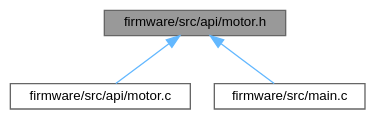
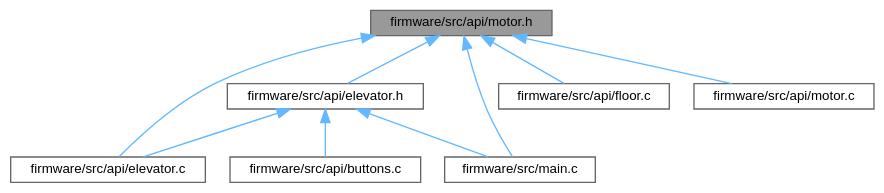
One commit to Ghaadyy/elevator-controller changed the diagram in dev/motor_8h__dep__incl.dot. Above: the diagram before and after it, drawn with Graphviz. The commit also changed 228 other files, not shown here.

```diff
--- a/dev/motor_8h__dep__incl.dot
+++ b/dev/motor_8h__dep__incl.dot
@@ -1,12 +1,22 @@
 digraph "firmware/src/api/motor.h"
 {
  // LATEX_PDF_SIZE
   bgcolor="transparent";
   edge [fontname=Helvetica,fontsize=10,labelfontname=Helvetica,labelfontsize=10];
   node [fontname=Helvetica,fontsize=10,shape=box,height=0.2,width=0.4];
   Node1 [id="Node000001",label="firmware/src/api/motor.h",height=0.2,width=0.4,color="gray40", fillcolor="grey60", style="filled", fontcolor="black",tooltip=" "];
   Node1 -> Node2 [id="edge1_Node000001_Node000002",dir="back",color="steelblue1",style="solid",tooltip=" "];
-  Node2 [id="Node000002",label="firmware/src/api/motor.c",height=0.2,width=0.4,color="grey40", fillcolor="white", style="filled",URL="$motor_8c.html",tooltip=" "];
+  Node2 [id="Node000002",label="firmware/src/api/elevator.c",height=0.2,width=0.4,color="grey40", fillcolor="white", style="filled",URL="$elevator_8c.html",tooltip="The scheduler for the elevator."];
   Node1 -> Node3 [id="edge2_Node000001_Node000003",dir="back",color="steelblue1",style="solid",tooltip=" "];
-  Node3 [id="Node000003",label="firmware/src/main.c",height=0.2,width=0.4,color="grey40", fillcolor="white", style="filled",URL="$main_8c.html",tooltip=" "];
+  Node3 [id="Node000003",label="firmware/src/api/elevator.h",height=0.2,width=0.4,color="grey40", fillcolor="white", style="filled",URL="$elevator_8h.html",tooltip="The elevator scheduler API."];
+  Node3 -> Node4 [id="edge3_Node000003_Node000004",dir="back",color="steelblue1",style="solid",tooltip=" "];
+  Node4 [id="Node000004",label="firmware/src/api/buttons.c",height=0.2,width=0.4,color="grey40", fillcolor="white", style="filled",URL="$buttons_8c.html",tooltip=" "];
+  Node3 -> Node2 [id="edge4_Node000003_Node000002",dir="back",color="steelblue1",style="solid",tooltip=" "];
+  Node3 -> Node5 [id="edge5_Node000003_Node000005",dir="back",color="steelblue1",style="solid",tooltip=" "];
+  Node5 [id="Node000005",label="firmware/src/main.c",height=0.2,width=0.4,color="grey40", fillcolor="white", style="filled",URL="$main_8c.html",tooltip=" "];
+  Node1 -> Node6 [id="edge6_Node000001_Node000006",dir="back",color="steelblue1",style="solid",tooltip=" "];
+  Node6 [id="Node000006",label="firmware/src/api/floor.c",height=0.2,width=0.4,color="grey40", fillcolor="white", style="filled",URL="$floor_8c.html",tooltip="Implementation of the floor monitor API."];
+  Node1 -> Node7 [id="edge7_Node000001_Node000007",dir="back",color="steelblue1",style="solid",tooltip=" "];
+  Node7 [id="Node000007",label="firmware/src/api/motor.c",height=0.2,width=0.4,color="grey40", fillcolor="white", style="filled",URL="$motor_8c.html",tooltip=" "];
+  Node1 -> Node5 [id="edge8_Node000001_Node000005",dir="back",color="steelblue1",style="solid",tooltip=" "];
 }
```
